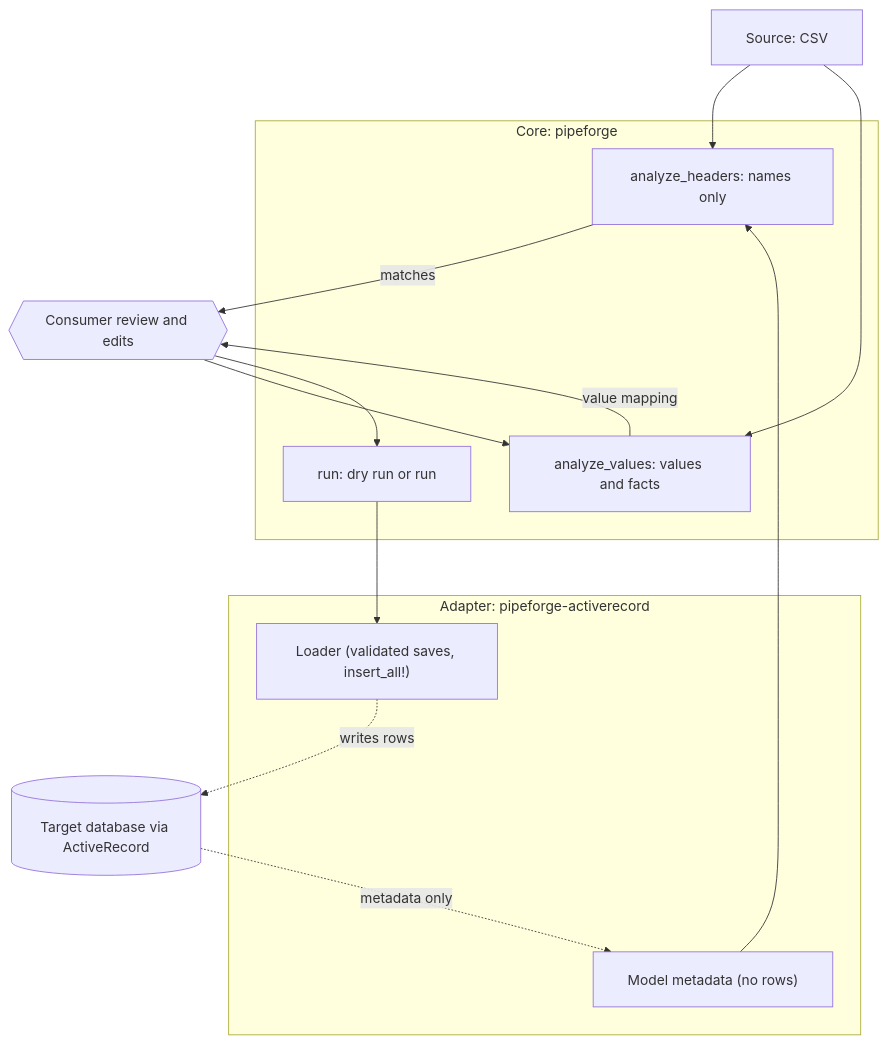
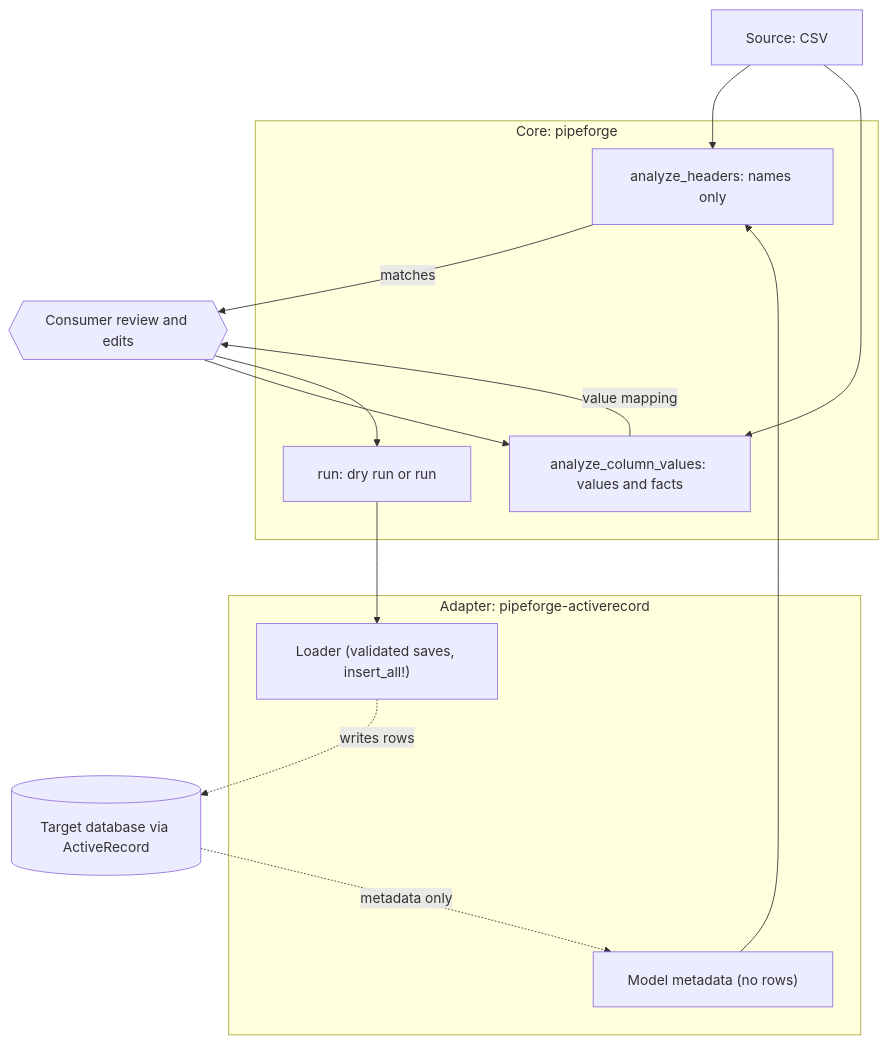
One commit to venkydev02/Pipeforge changed the diagram in README.md. Above: the diagram before and after it, drawn with Mermaid. The commit also changed other lines of this file and 51 other files, not shown here.

````diff
--- a/README.md
+++ b/README.md
@@ -22,29 +22,29 @@
 ```mermaid
 %%{init: {'flowchart': {'nodeSpacing': 45, 'rankSpacing': 65, 'padding': 20}}}%%
 flowchart TD
     Source[Source: CSV]
     DB[(Target database via ActiveRecord)]
 
     subgraph Core["Core: pipeforge"]
         Headers["analyze_headers: names only"]
-        Values["analyze_values: values and facts"]
+        Values["analyze_column_values: values and facts"]
         Run["run: dry run or run"]
     end
 
     subgraph Adapter["Adapter: pipeforge-activerecord"]
         Schema["Model metadata (no rows)"]
         Loader["Loader (validated saves, insert_all!)"]
     end
 
     Edit{{"Consumer review and edits"}}
 
     Source --> Headers
     DB -. "metadata only" .-> Schema --> Headers
     Headers -->|"matches"| Edit
     Edit --> Values
     Source --> Values
     Values -->|"value mapping"| Edit
     Edit --> Run
     Run --> Loader
     Loader -. writes rows .-> DB
 ```
````
